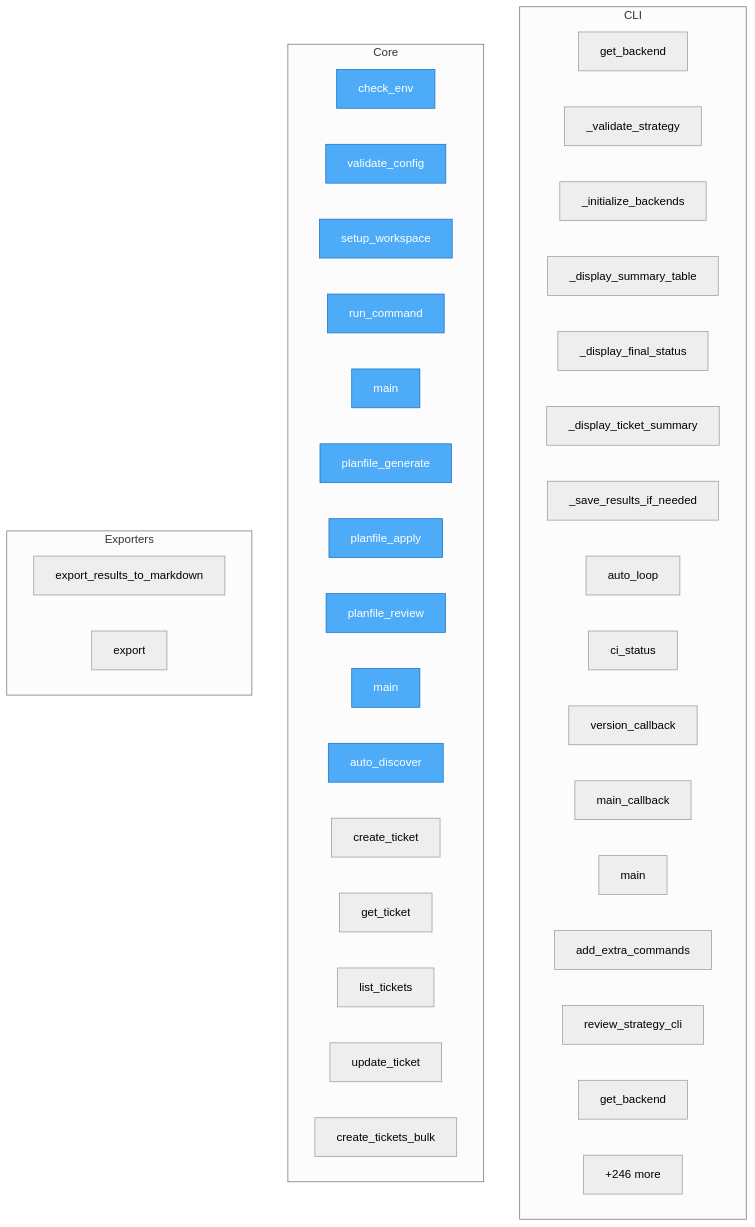
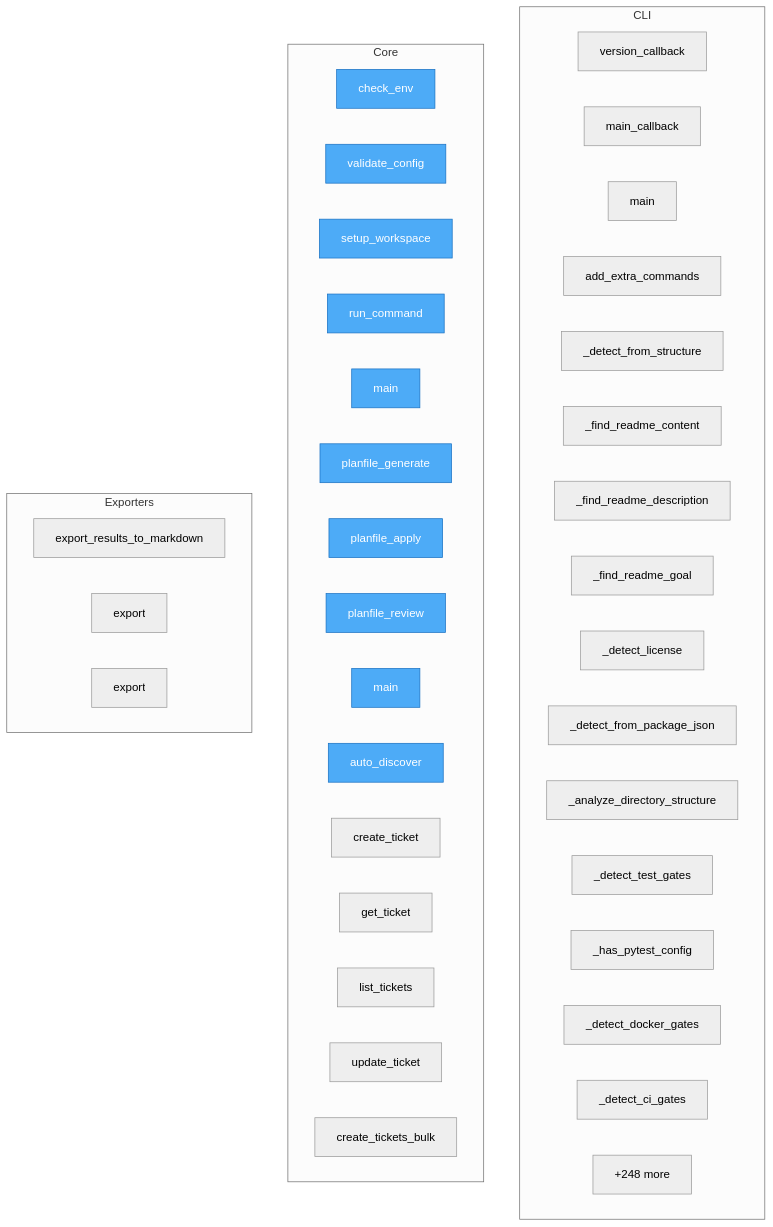
The diagram in project/flow.mmd (semcod/planfile), drawn with Mermaid (neutral theme) before and after one commit. The commit also changed 76 other files, not shown here.

```diff
--- a/project/flow.mmd
+++ b/project/flow.mmd
@@ -1,49 +1,50 @@
 flowchart TD
 
     %% Entry points (blue)
     classDef entry fill:#4dabf7,stroke:#1971c2,color:#fff
 
     subgraph CLI
-        planfile__cli__auto_loop__get_backend["get_backend"]
-        planfile__cli__auto_loop___validate_strategy["_validate_strategy"]
-        planfile__cli__auto_loop___initialize_backends["_initialize_backends"]
-        planfile__cli__auto_loop___display_summary_table["_display_summary_table"]
-        planfile__cli__auto_loop___display_final_status["_display_final_status"]
-        planfile__cli__auto_loop___display_ticket_summary["_display_ticket_summary"]
-        planfile__cli__auto_loop___save_results_if_needed["_save_results_if_needed"]
-        planfile__cli__auto_loop__auto_loop["auto_loop"]
-        planfile__cli__auto_loop__ci_status["ci_status"]
         planfile__cli__commands__version_callback["version_callback"]
         planfile__cli__commands__main_callback["main_callback"]
         planfile__cli__commands__main["main"]
         planfile__cli__extra_commands__add_extra_commands["add_extra_commands"]
-        planfile__cli__cmd__cmd_review__review_strategy_cli["review_strategy_cli"]
-        planfile__cli__cmd__cmd_utils__get_backend["get_backend"]
-        ...["+57 more"]
+        planfile__cli__project_detector__fallback___detect_from_structure["_detect_from_structure"]
+        planfile__cli__project_detector__readme___find_readme_content["_find_readme_content"]
+        planfile__cli__project_detector__readme___find_readme_description["_find_readme_description"]
+        planfile__cli__project_detector__readme___find_readme_goal["_find_readme_goal"]
+        planfile__cli__project_detector__license___detect_license["_detect_license"]
+        planfile__cli__project_detector__package___detect_from_package_json["_detect_from_package_json"]
+        planfile__cli__project_detector__structure___analyze_directory_structure["_analyze_directory_structure"]
+        planfile__cli__project_detector__gates___detect_test_gates["_detect_test_gates"]
+        planfile__cli__project_detector__gates___has_pytest_config["_has_pytest_config"]
+        planfile__cli__project_detector__gates___detect_docker_gates["_detect_docker_gates"]
+        planfile__cli__project_detector__gates___detect_ci_gates["_detect_ci_gates"]
+        ...["+70 more"]
     end
 
     subgraph Core
         docker_entrypoint__check_env["check_env"]
         docker_entrypoint__validate_config["validate_config"]
         docker_entrypoint__setup_workspace["setup_workspace"]
         docker_entrypoint__run_command["run_command"]
         docker_entrypoint__main["main"]
         mcp_server_example__planfile_generate["planfile_generate"]
         mcp_server_example__planfile_apply["planfile_apply"]
         mcp_server_example__planfile_review["planfile_review"]
         mcp_server_example__main["main"]
         planfile__Planfile__auto_discover["auto_discover"]
         planfile__Planfile__create_ticket["create_ticket"]
         planfile__Planfile__get_ticket["get_ticket"]
         planfile__Planfile__list_tickets["list_tickets"]
         planfile__Planfile__update_ticket["update_ticket"]
         planfile__Planfile__create_tickets_bulk["create_tickets_bulk"]
-        ...["+246 more"]
+        ...["+248 more"]
     end
 
     subgraph Exporters
         planfile__loaders__cli_loader__export_results_to_markdown["export_results_to_markdown"]
-        planfile__core__models__Strategy__export["export"]
+        planfile__core__store__PlanfileStore__export["export"]
+        planfile__core__models__strategy__Strategy__export["export"]
     end
 
     class docker_entrypoint__check_env,docker_entrypoint__validate_config,docker_entrypoint__setup_workspace,docker_entrypoint__run_command,docker_entrypoint__main,mcp_server_example__planfile_generate,mcp_server_example__planfile_apply,mcp_server_example__planfile_review,mcp_server_example__main,planfile__Planfile__auto_discover entry
```
